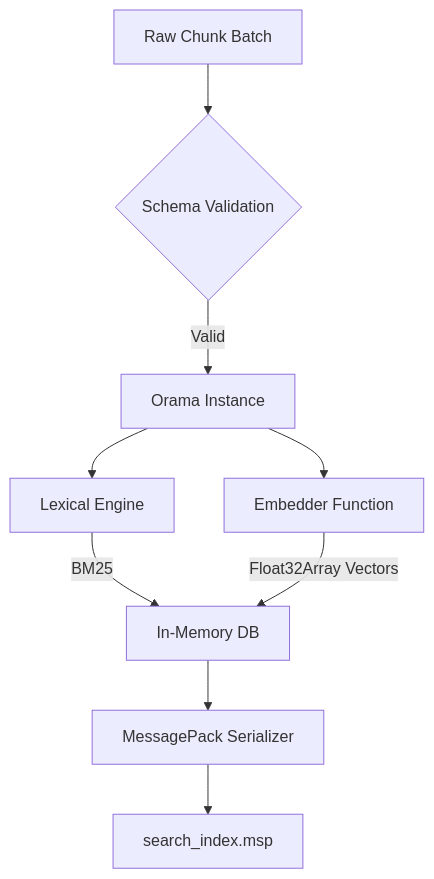
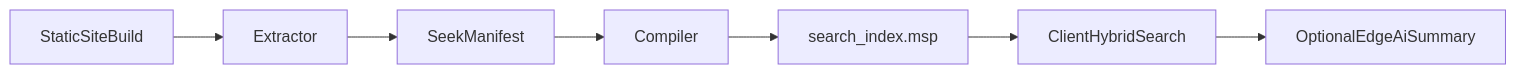
Before and after one commit to seek-js/seek: the diagram in README.md, drawn with Mermaid. The commit also changed other lines of this file and 19 other files, not shown here.

First line of the commit message:
docs: compress architecture docs and normalize spec boundaries

````diff
--- a/README.md
+++ b/README.md
@@ -127,14 +30,9 @@
 ```mermaid
-flowchart TD
-    A[Raw Chunk Batch] --> B{Schema Validation}
-    B -->|Valid| C[Orama Instance]
-    
-    C --> D[Lexical Engine]
-    D -->|BM25| F[In-Memory DB]
-    
-    C --> E[Embedder Function]
-    E -->|Float32Array Vectors| F
-    
-    F --> G[MessagePack Serializer]
-    G --> H[search_index.msp]
+flowchart LR
+    siteBuild[StaticSiteBuild] --> extractor[Extractor]
+    extractor --> manifest[SeekManifest]
+    manifest --> compiler[Compiler]
+    compiler --> indexFile[search_index.msp]
+    indexFile --> clientSearch[ClientHybridSearch]
+    clientSearch --> optionalAi[OptionalEdgeAiSummary]
 ```
````
